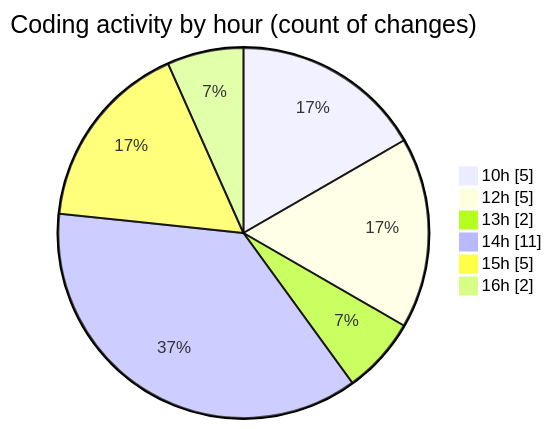
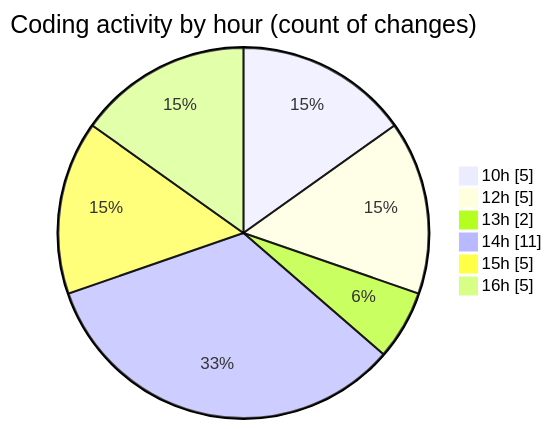
One commit to Ritupan-Deka/code-tracking changed the second of 2 diagrams in 2025-07-07/urlwebwala_intership_work/README.md. Above: the diagram before and after it, drawn with Mermaid. The commit also changed other lines of this file and 1 other file, not shown here.

````diff
--- a/2025-07-07/urlwebwala_intership_work/README.md
+++ b/2025-07-07/urlwebwala_intership_work/README.md
@@ -30,10 +30,10 @@
 ```mermaid
 pie showData
 title Coding activity by hour (count of changes)
 "10h" : 5
 "12h" : 5
 "13h" : 2
 "14h" : 11
 "15h" : 5
-"16h" : 2
+"16h" : 5
 ```
````
